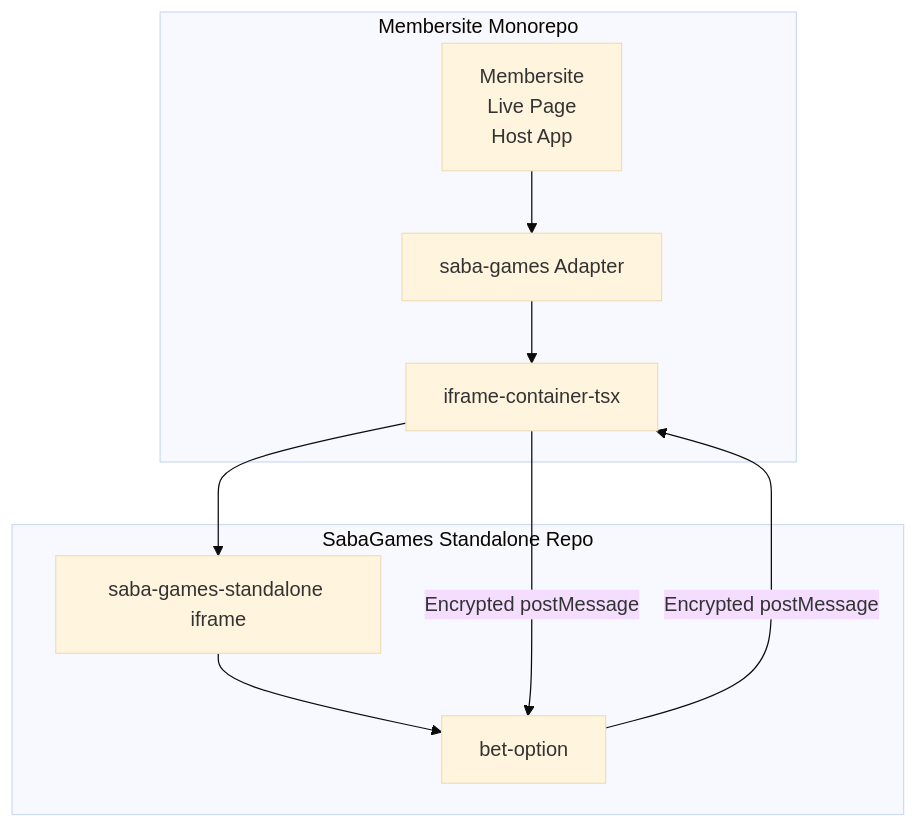
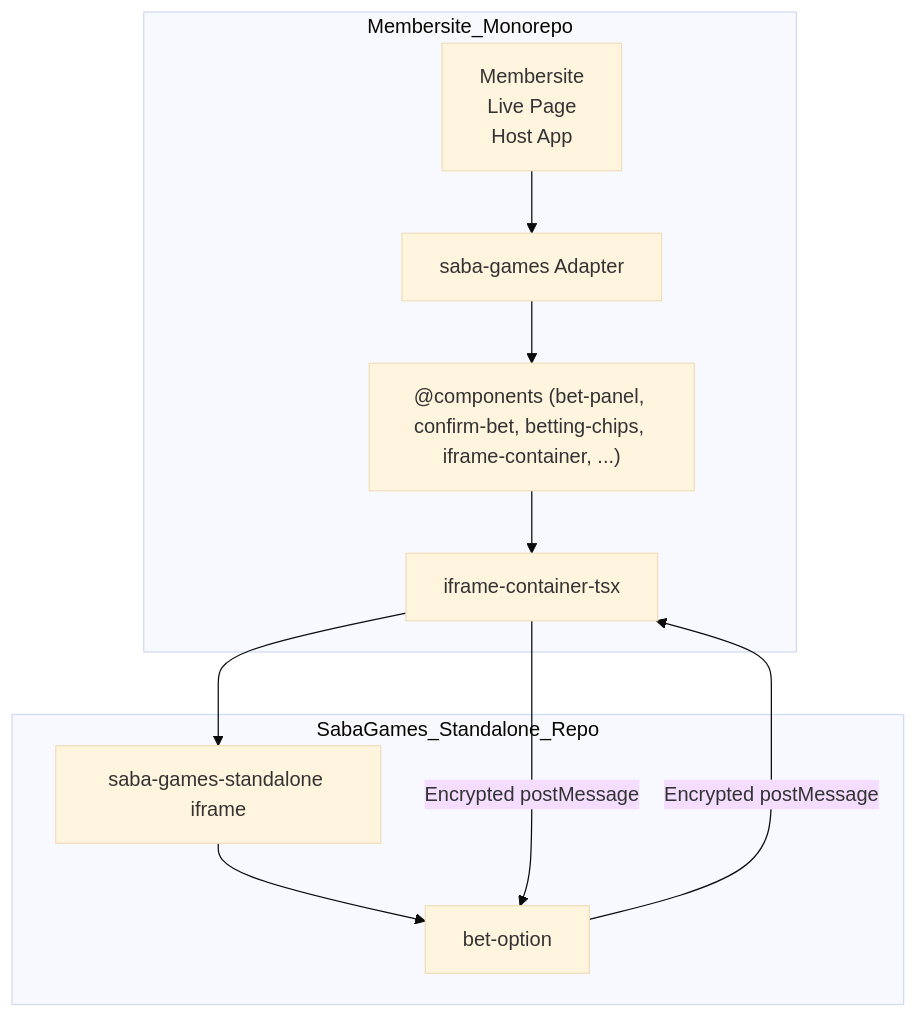
Before and after one commit to starixvn/l1_game-clients_sedie-client-demo: the second of 2 diagrams in seal-monorepo/libs/saba-games/IFRAME-ARCHITECTURE.md, drawn with Mermaid (base theme). The commit also changed other lines of this file, not shown here.

Commit message:
feat: update documents

````diff
--- a/seal-monorepo/libs/saba-games/IFRAME-ARCHITECTURE.md
+++ b/seal-monorepo/libs/saba-games/IFRAME-ARCHITECTURE.md
@@ -55,20 +55,22 @@
 ```mermaid
 flowchart TD
-    subgraph Membersite Monorepo
+    subgraph Membersite_Monorepo
         MembersiteLivePage[Membersite \nLive Page\nHost App]
         SabaGamesAdapter[saba-games Adapter]
+        SabaGamesComponents["@components (bet-panel, confirm-bet, betting-chips, iframe-container, ...)"]
         IframeContainer[iframe-container-tsx]
         MembersiteLivePage --> SabaGamesAdapter
-        SabaGamesAdapter --> IframeContainer
+        SabaGamesAdapter --> SabaGamesComponents
+        SabaGamesComponents --> IframeContainer
     end
 
-    subgraph SabaGames Standalone Repo
+    subgraph SabaGames_Standalone_Repo
         SabaGamesStandalone[saba-games-standalone iframe]
         BetOption[bet-option]
         SabaGamesStandalone --> BetOption
     end
 
     IframeContainer --> SabaGamesStandalone
     BetOption -- Encrypted postMessage --> IframeContainer
     IframeContainer -- Encrypted postMessage --> BetOption
 ```
````
